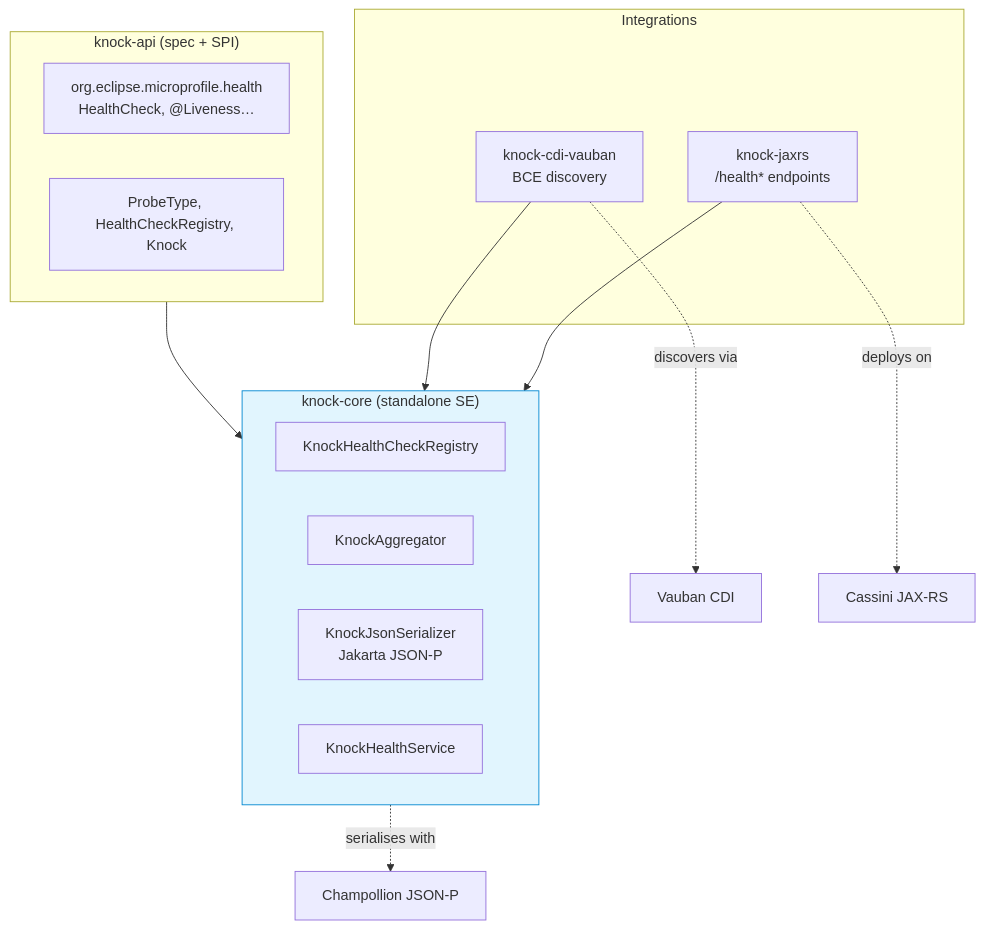
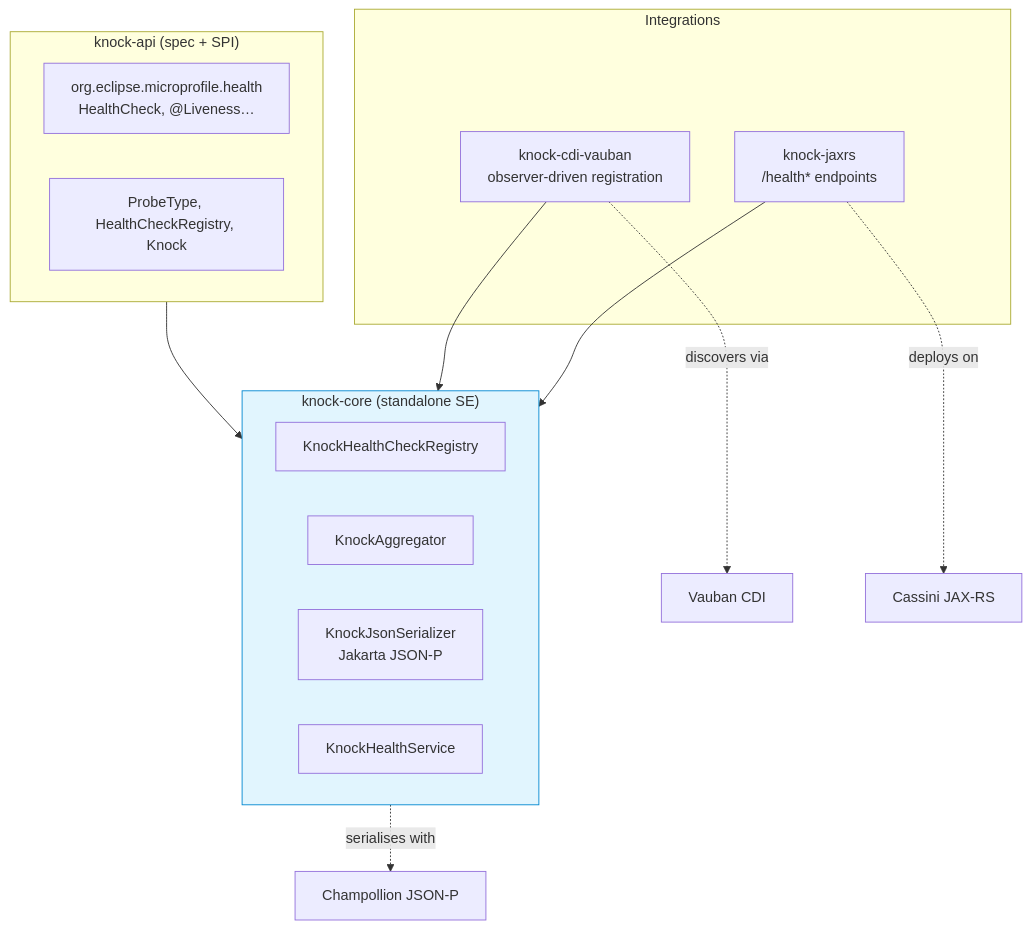
Before and after one commit to vidocq-stack/knock: the diagram in docs/en/modules/ROOT/pages/index.adoc, drawn with Mermaid. The commit also changed other lines of this file and 6 other files, not shown here.

```diff
--- a/docs/en/modules/ROOT/pages/index.adoc
+++ b/docs/en/modules/ROOT/pages/index.adoc
@@ -57,26 +57,26 @@
 [mermaid]
 ....
 graph TB
   subgraph API["knock-api (spec + SPI)"]
     MPH[org.eclipse.microprofile.health<br/>HealthCheck, @Liveness…]
     SPI[ProbeType, HealthCheckRegistry, Knock]
   end
   subgraph CORE["knock-core (standalone SE)"]
     REG[KnockHealthCheckRegistry]
     AGG[KnockAggregator]
     SER[KnockJsonSerializer<br/>Jakarta JSON-P]
     SVC[KnockHealthService]
   end
   subgraph INT["Integrations"]
-    CDI[knock-cdi-vauban<br/>BCE discovery]
+    CDI[knock-cdi-vauban<br/>observer-driven registration]
     REST[knock-jaxrs<br/>/health* endpoints]
   end
   API --> CORE
   CDI --> CORE
   REST --> CORE
   CDI -. discovers via .-> VAUBAN[Vauban CDI]
   REST -. deploys on .-> CASSINI[Cassini JAX-RS]
   CORE -. serialises with .-> CHAMP[Champollion JSON-P]
   classDef rt fill:#e1f5fe,stroke:#0288d1
   class CORE rt
 ....
```
